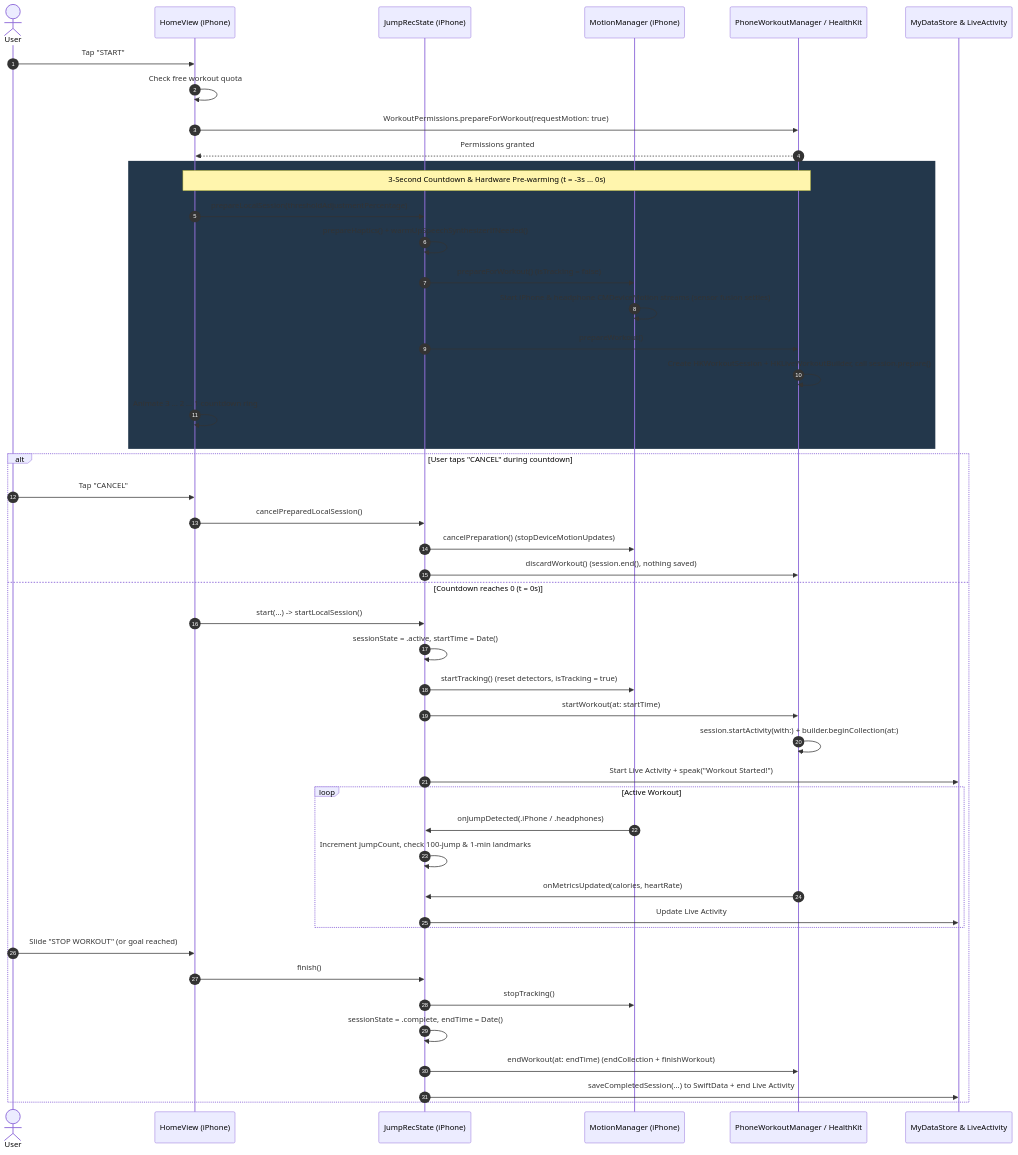
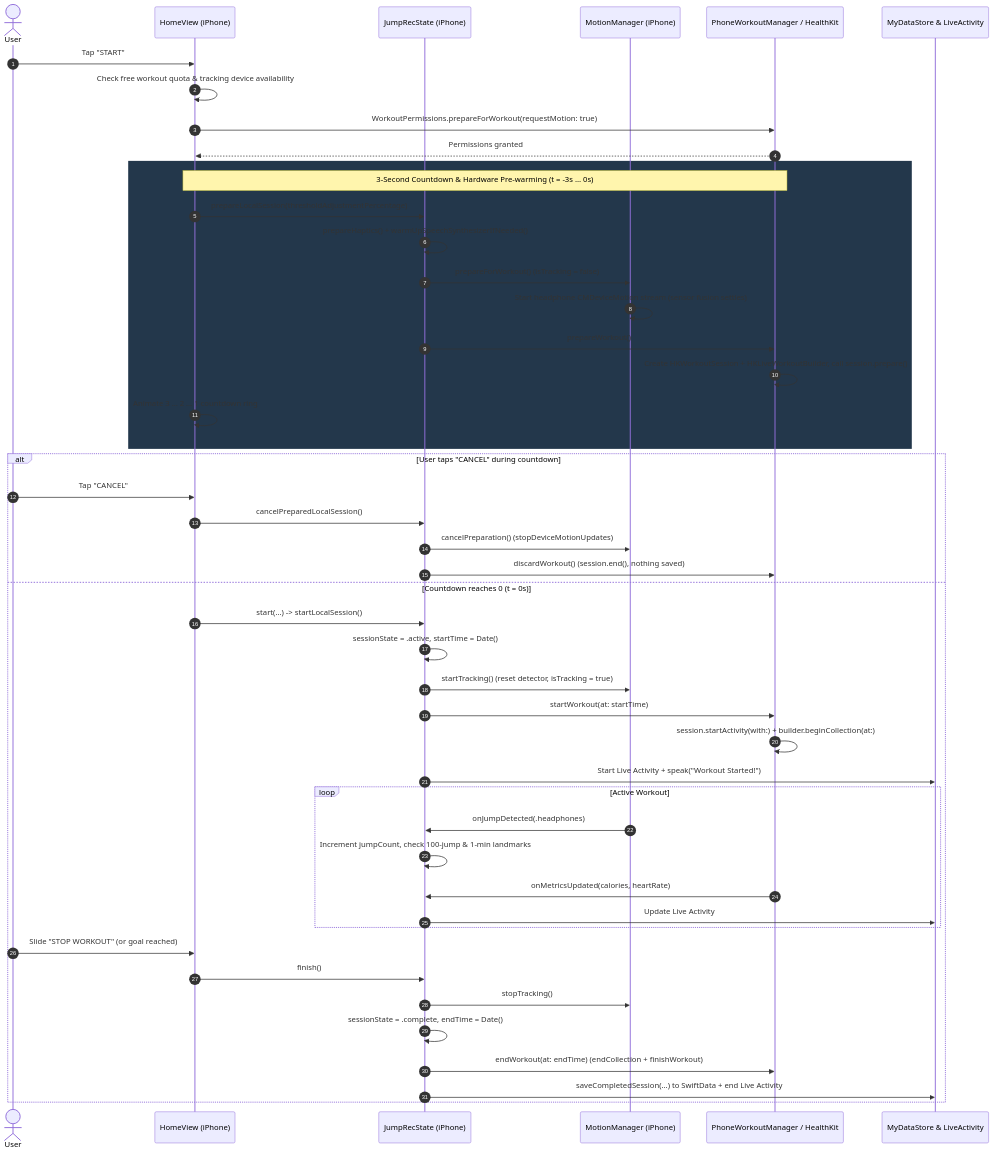
The first of 3 diagrams in Docs/workout-session-lifecycle.md (jinyongnan810/JumpRec), drawn with Mermaid before and after one commit. The commit also changed other lines of this file and 11 other files, not shown here.

````diff
--- a/Docs/workout-session-lifecycle.md
+++ b/Docs/workout-session-lifecycle.md
@@ -48,54 +49,54 @@
 ```mermaid
 sequenceDiagram
     autonumber
     actor User
     participant Home as HomeView (iPhone)
     participant State as JumpRecState (iPhone)
     participant Motion as MotionManager (iPhone)
     participant HK as PhoneWorkoutManager / HealthKit
     participant Store as MyDataStore & LiveActivity
 
     User->>Home: Tap "START"
-    Home->>Home: Check free workout quota
+    Home->>Home: Check free workout quota & tracking device availability
     Home->>HK: WorkoutPermissions.prepareForWorkout(requestMotion: true)
     HK-->>Home: Permissions granted
 
     rect rgb(35, 55, 75)
         Note over Home,HK: 3-Second Countdown & Hardware Pre-warming (t = -3s … 0s)
         Home->>State: prepareLocalSession(thresholdAdjustmentPercentage)
         State->>State: prepareHaptics() + warmUpSpeechSynthesizerIfNeeded()
         State->>Motion: prepareForWorkout() (isTracking = false)
-        Motion->>Motion: Start iPhone & headphone CMDeviceMotion streams (sensor fusion settles)
+        Motion->>Motion: Start headphone CMDeviceMotion stream (sensor fusion settles)
         State->>HK: prepareWorkout()
         HK->>HK: Create HKWorkoutSession + HKLiveWorkoutBuilder, call session.prepare()
         Home->>Home: Animate 3 … 2 … 1 countdown ring
     end
 
     alt User taps "CANCEL" during countdown
         User->>Home: Tap "CANCEL"
         Home->>State: cancelPreparedLocalSession()
         State->>Motion: cancelPreparation() (stopDeviceMotionUpdates)
         State->>HK: discardWorkout() (session.end(), nothing saved)
     else Countdown reaches 0 (t = 0s)
         Home->>State: start(...) -> startLocalSession()
         State->>State: sessionState = .active, startTime = Date()
-        State->>Motion: startTracking() (reset detectors, isTracking = true)
+        State->>Motion: startTracking() (reset detector, isTracking = true)
         State->>HK: startWorkout(at: startTime)
         HK->>HK: session.startActivity(with:) + builder.beginCollection(at:)
         State->>Store: Start Live Activity + speak("Workout Started!")
 
         loop Active Workout
-            Motion->>State: onJumpDetected(.iPhone / .headphones)
+            Motion->>State: onJumpDetected(.headphones)
             State->>State: Increment jumpCount, check 100-jump & 1-min landmarks
             HK->>State: onMetricsUpdated(calories, heartRate)
             State->>Store: Update Live Activity
         end
 
         User->>Home: Slide "STOP WORKOUT" (or goal reached)
         Home->>State: finish()
         State->>Motion: stopTracking()
         State->>State: sessionState = .complete, endTime = Date()
         State->>HK: endWorkout(at: endTime) (endCollection + finishWorkout)
         State->>Store: saveCompletedSession(...) to SwiftData + end Live Activity
     end
 ```
````
